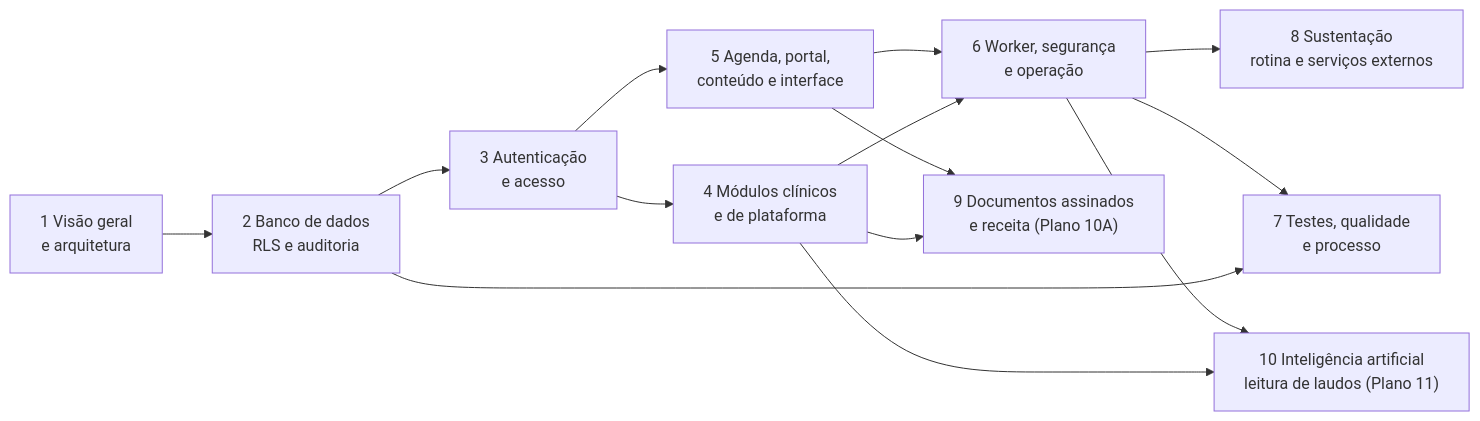
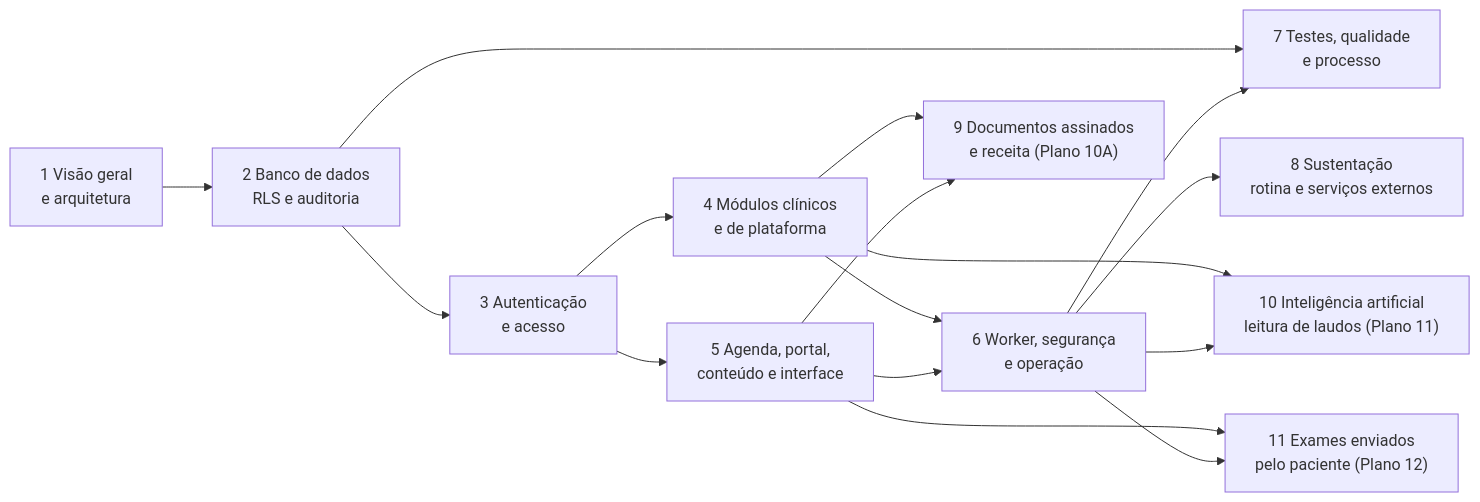
Before and after one commit to fabianojp06/nutridebby: the diagram in docs/manual-tecnico/README.md, drawn with Mermaid. The commit also changed other lines of this file and 20 other files, not shown here.

First line of the commit message:
test(exames-enviados): E2E de ponta a ponta; docs: manual guiado, manual técnico (cap. 11), backup e runbook (P12-13)

````diff
--- a/docs/manual-tecnico/README.md
+++ b/docs/manual-tecnico/README.md
@@ -51,16 +51,18 @@
 ```mermaid
 flowchart LR
   C1["1 Visão geral<br/>e arquitetura"] --> C2["2 Banco de dados<br/>RLS e auditoria"]
   C2 --> C3["3 Autenticação<br/>e acesso"]
   C3 --> C4["4 Módulos clínicos<br/>e de plataforma"]
   C3 --> C5["5 Agenda, portal,<br/>conteúdo e interface"]
   C4 --> C6["6 Worker, segurança<br/>e operação"]
   C5 --> C6
   C2 --> C7["7 Testes, qualidade<br/>e processo"]
   C6 --> C7
   C6 --> C8["8 Sustentação<br/>rotina e serviços externos"]
   C4 --> C9["9 Documentos assinados<br/>e receita (Plano 10A)"]
   C5 --> C9
   C4 --> C10["10 Inteligência artificial<br/>leitura de laudos (Plano 11)"]
   C6 --> C10
+  C5 --> C11["11 Exames enviados<br/>pelo paciente (Plano 12)"]
+  C6 --> C11
 ```
````
